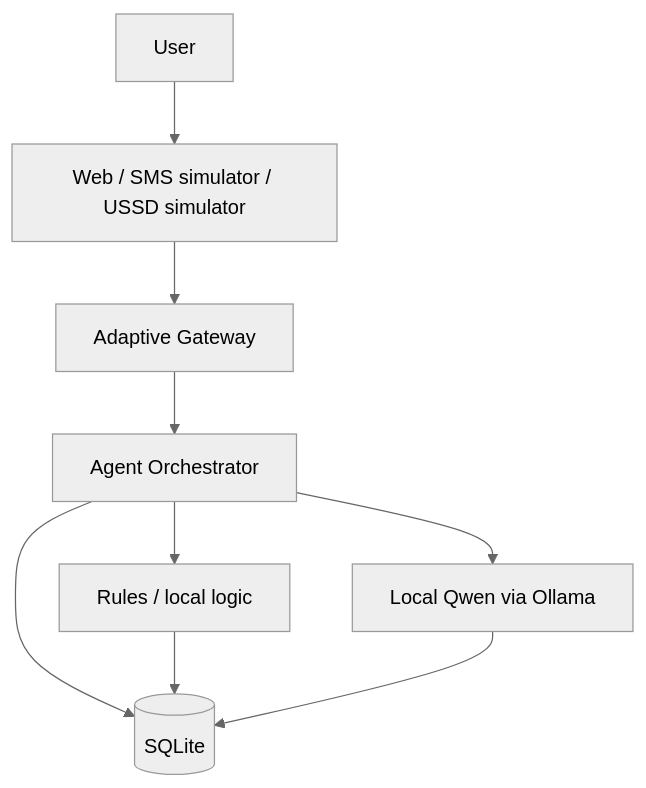
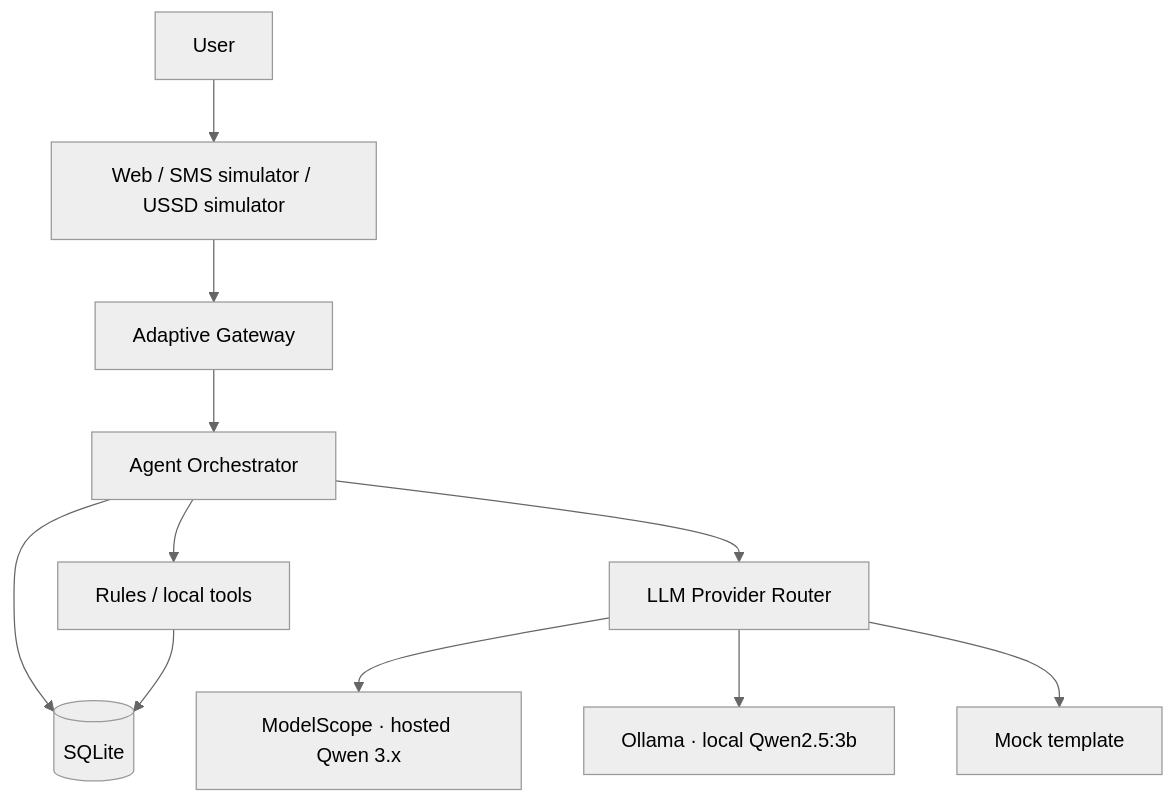
The first of 2 diagrams in README.md (Juniormaina/FikaAI), drawn with Mermaid (neutral theme) before and after one commit. The commit also changed other lines of this file and 19 other files, not shown here.

First line of the commit message:
Add ModelScope hosted Qwen behind the existing LLM provider router.

````diff
--- a/README.md
+++ b/README.md
@@ -46,11 +47,13 @@
 ```mermaid
 flowchart TD
   User --> Channels["Web / SMS simulator / USSD simulator"]
   Channels --> Gateway[Adaptive Gateway]
   Gateway --> Agent[Agent Orchestrator]
-  Agent --> Rules["Rules / local logic"]
-  Agent --> Qwen["Local Qwen via Ollama"]
+  Agent --> Rules["Rules / local tools"]
+  Agent --> Provider[LLM Provider Router]
+  Provider --> ModelScope["ModelScope · hosted Qwen 3.x"]
+  Provider --> Ollama["Ollama · local Qwen2.5:3b"]
+  Provider --> Mock["Mock template"]
   Agent --> Store[(SQLite)]
   Rules --> Store
-  Qwen --> Store
 ```
````
